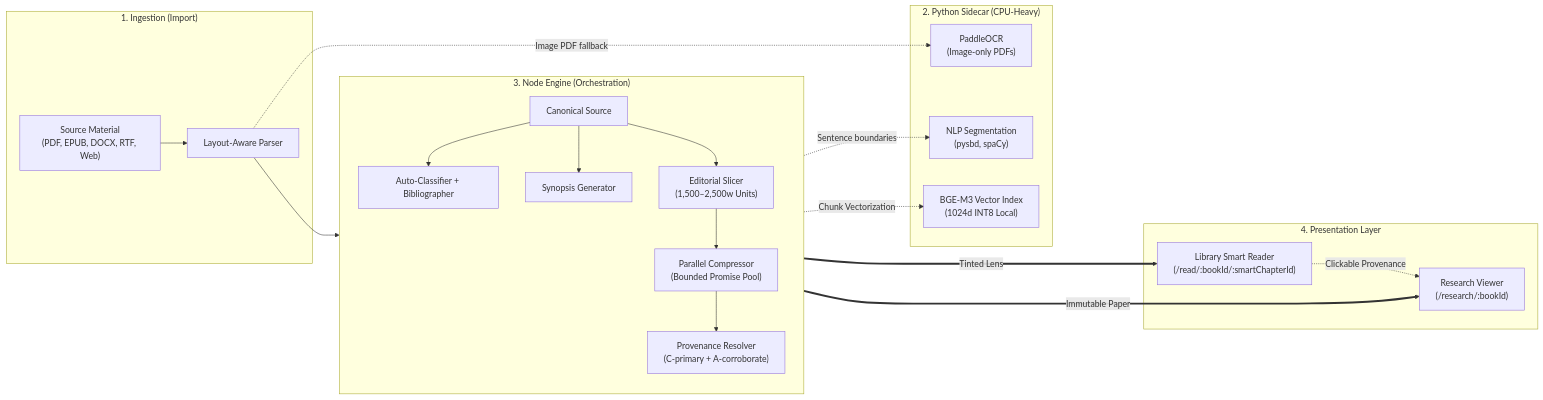
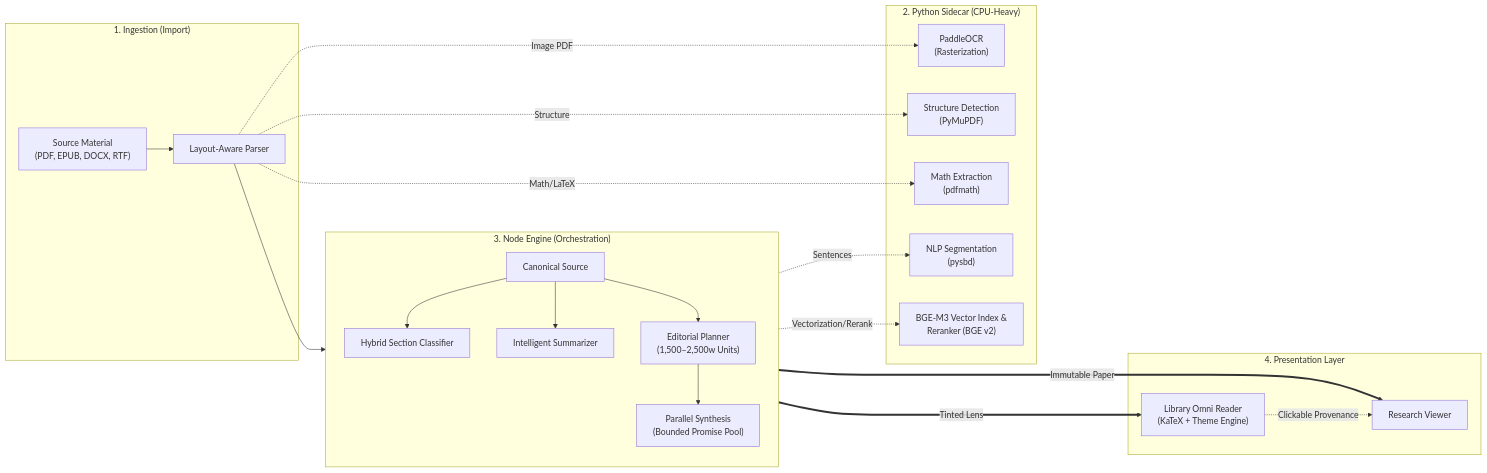
Before and after one commit to avengersvstheflash/Smart-Reader: the diagram in README.md, drawn with Mermaid. The commit also changed other lines of this file, not shown here.

````diff
--- a/README.md
+++ b/README.md
@@ -57,48 +44,42 @@
 ```mermaid
 flowchart LR
     subgraph INGESTION ["1. Ingestion (Import)"]
-        RawDoc["Source Material
-(PDF, EPUB, DOCX, RTF, Web)"]
+        RawDoc["Source Material<br/>(PDF, EPUB, DOCX, RTF)"]
         Parser["Layout-Aware Parser"]
         RawDoc --> Parser
     end
 
     subgraph PYTHON_SIDECAR ["2. Python Sidecar (CPU-Heavy)"]
-        OCR["PaddleOCR
-(Image-only PDFs)"]
-        NLP["NLP Segmentation
-(pysbd, spaCy)"]
-        Embedder["BGE-M3 Vector Index
-(1024d INT8 Local)"]
+        OCR["PaddleOCR<br/>(Rasterization)"]
+        NLP["NLP Segmentation<br/>(pysbd)"]
+        Structure["Structure Detection<br/>(PyMuPDF)"]
+        Math["Math Extraction<br/>(pdfmath)"]
+        Embedder["BGE-M3 Vector Index &<br/>Reranker (BGE v2)"]
     end
 
     subgraph NODE_ENGINE ["3. Node Engine (Orchestration)"]
         direction TB
         Canon["Canonical Source"]
-        Classifier["Auto-Classifier + Bibliographer"]
-        Synopsis["Synopsis Generator"]
-        Planner["Editorial Slicer
-(1,500–2,500w Units)"]
-        Compressor["Parallel Compressor
-(Bounded Promise Pool)"]
-        ProvResolver["Provenance Resolver
-(C-primary + A-corroborate)"]
+        Classifier["Hybrid Section Classifier"]
+        Synopsis["Intelligent Summarizer"]
+        Planner["Editorial Planner<br/>(1,500–2,500w Units)"]
+        Compressor["Parallel Synthesis<br/>(Bounded Promise Pool)"]
         
         Canon --> Classifier
         Canon --> Synopsis
-        Canon --> Planner --> Compressor --> ProvResolver
+        Canon --> Planner --> Compressor
     end
 
     Parser --> Canon
-    Parser -.->|"Image PDF fallback"| OCR
-    Canon -.->|"Sentence boundaries"| NLP
-    Canon -.->|"Chunk Vectorization"| Embedder
+    Parser -.->|"Image PDF"| OCR
+    Parser -.->|"Structure"| Structure
+    Parser -.->|"Math/LaTeX"| Math
+    Canon -.->|"Sentences"| NLP
+    Canon -.->|"Vectorization/Rerank"| Embedder
 
     subgraph PRESENTATION ["4. Presentation Layer"]
-        Canon ===>|"Immutable Paper"| ResearchViewer["Research Viewer
-(/research/:bookId)"]
-        ProvResolver ===>|"Tinted Lens"| LibraryReader["Library Smart Reader
-(/read/:bookId/:smartChapterId)"]
+        Canon ===>|"Immutable Paper"| ResearchViewer["Research Viewer"]
+        Compressor ===>|"Tinted Lens"| LibraryReader["Library Omni Reader<br/>(KaTeX + Theme Engine)"]
         LibraryReader -.->|"Clickable Provenance"| ResearchViewer
     end
 ```
````
